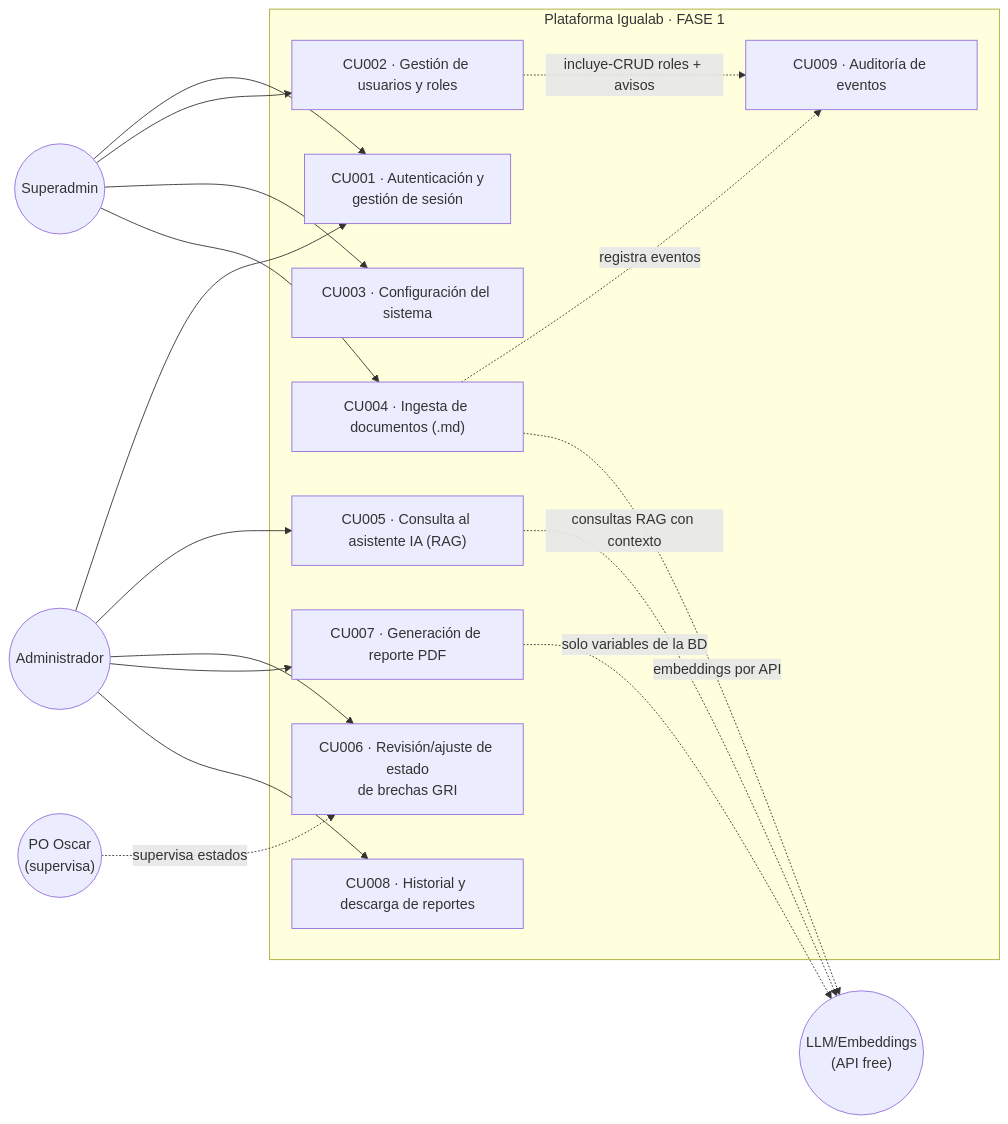
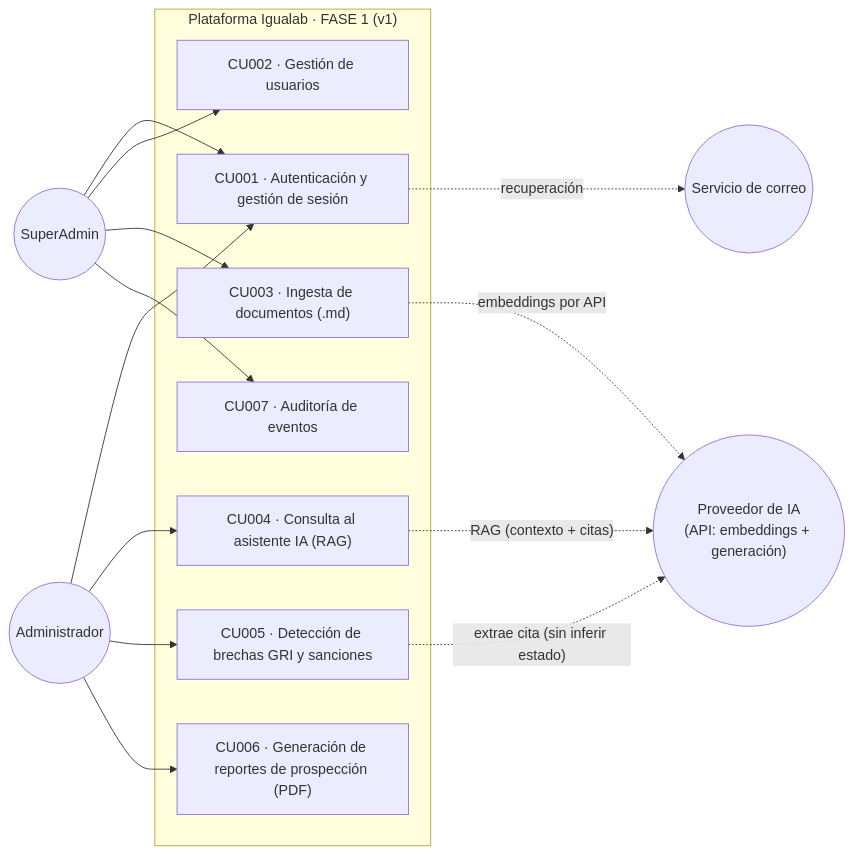
One commit to lFunkwnon01/igualab_md changed the first of 8 diagrams in FASE 1/01-Analisis-y-Diseno/07-Casos-de-Uso-Diagrama.md. Above: the diagram before and after it, drawn with Mermaid. The commit also changed other lines of this file and 124 other files, not shown here.

````diff
--- a/FASE 1/01-Analisis-y-Diseno/07-Casos-de-Uso-Diagrama.md
+++ b/FASE 1/01-Analisis-y-Diseno/07-Casos-de-Uso-Diagrama.md
@@ -16,28 +16,24 @@
 ```mermaid
 flowchart LR
-  SU(("Superadmin"))
+  SU(("SuperAdmin"))
   AD(("Administrador"))
-  LLM(("LLM/Embeddings<br/>(API free)"))
-  PO(("PO Oscar<br/>(supervisa)"))
+  IA(("Proveedor de IA<br/>(API: embeddings + generación)"))
+  MAIL(("Servicio de correo"))
 
-  subgraph Sistema["Plataforma Igualab · FASE 1"]
-    CU001["CU001 · Autenticación y<br/>gestión de sesión"]
-    CU002["CU002 · Gestión de usuarios y roles"]
-    CU003["CU003 · Configuración del sistema"]
-    CU004["CU004 · Ingesta de documentos (.md)"]
-    CU005["CU005 · Consulta al asistente IA (RAG)"]
-    CU006["CU006 · Revisión/ajuste de estado<br/>de brechas GRI"]
-    CU007["CU007 · Generación de reporte PDF"]
-    CU008["CU008 · Historial y descarga de reportes"]
-    CU009["CU009 · Auditoría de eventos"]
+  subgraph Sistema["Plataforma Igualab · FASE 1 (v1)"]
+    CU001["CU001 · Autenticación y gestión de sesión"]
+    CU002["CU002 · Gestión de usuarios"]
+    CU003["CU003 · Ingesta de documentos (.md)"]
+    CU004["CU004 · Consulta al asistente IA (RAG)"]
+    CU005["CU005 · Detección de brechas GRI y sanciones"]
+    CU006["CU006 · Generación de reportes de prospección (PDF)"]
+    CU007["CU007 · Auditoría de eventos"]
   end
 
-  SU --> CU001 & CU002 & CU003 & CU004
-  AD --> CU001 & CU005 & CU006 & CU007 & CU008
-  CU002 -. incluye-CRUD roles + avisos .-> CU009
-  CU004 -. registra eventos .-> CU009
-  CU005 -. consultas RAG con contexto .-> LLM
-  CU004 -. embeddings por API .-> LLM
-  CU007 -. solo variables de la BD .-> LLM
-  PO -. supervisa estados .-> CU006
+  SU --> CU001 & CU002 & CU003 & CU007
+  AD --> CU001 & CU004 & CU005 & CU006
+  CU001 -. recuperación .-> MAIL
+  CU003 -. embeddings por API .-> IA
+  CU004 -. RAG (contexto + citas) .-> IA
+  CU005 -. extrae cita (sin inferir estado) .-> IA
 ```
````
